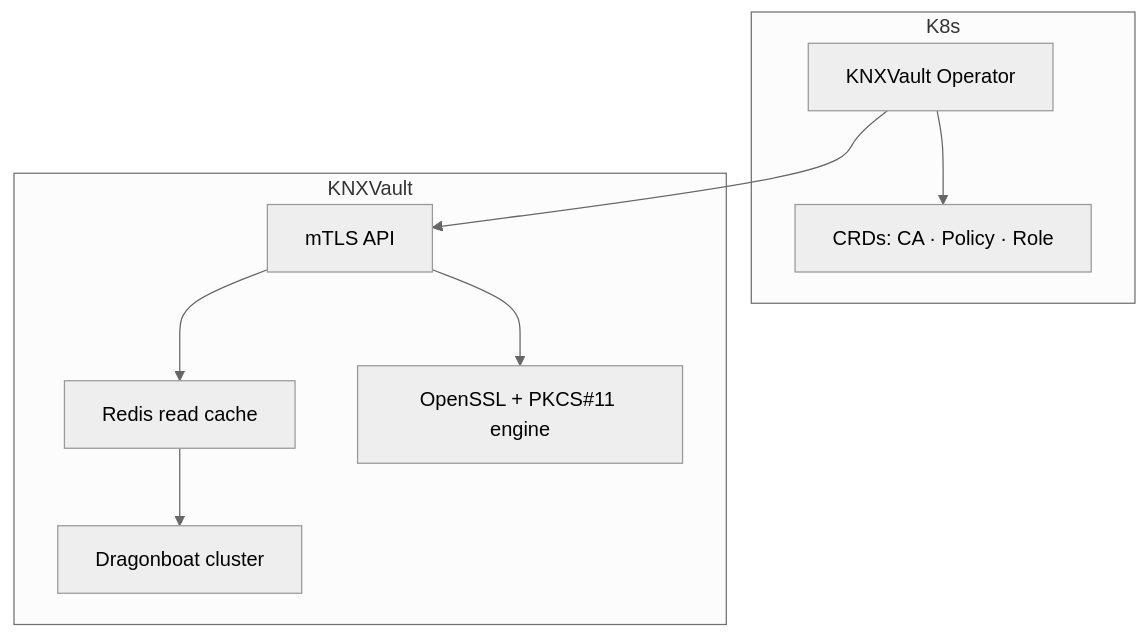
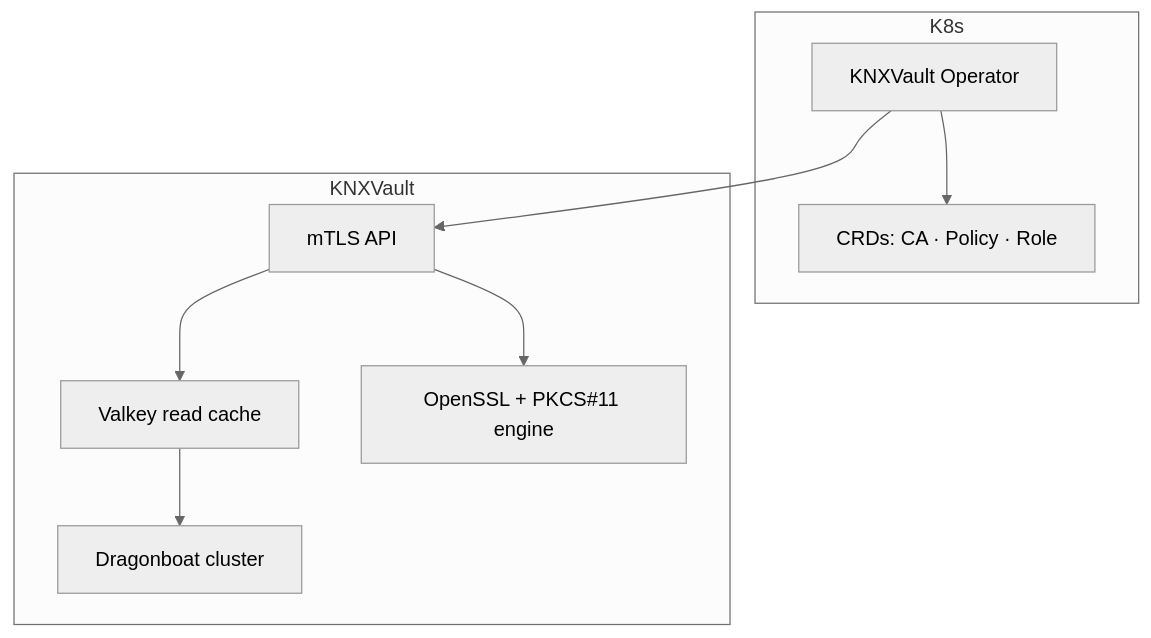
The diagram in docs/design/phase4-ecosystem.md (kubenexis/knxvault), drawn with Mermaid (neutral theme) before and after one commit. The commit also changed other lines of this file and 11 other files, not shown here.

First line of the commit message:
refactor(cache): replace Redis client with Valkey RESP backend

````diff
--- a/docs/design/phase4-ecosystem.md
+++ b/docs/design/phase4-ecosystem.md
@@ -35,20 +35,20 @@
 ```mermaid
 graph TB
     subgraph K8s
         Op[KNXVault Operator]
         CRD[CRDs: CA · Policy · Role]
     end
 
     subgraph KNXVault
         API[mTLS API]
-        Cache[Redis read cache]
+        Cache[Valkey read cache]
         Raft[Dragonboat cluster]
         HSM[OpenSSL + PKCS#11 engine]
     end
 
     Op --> CRD
     Op --> API
     API --> Cache
     Cache --> Raft
     API --> HSM
 ```
````
